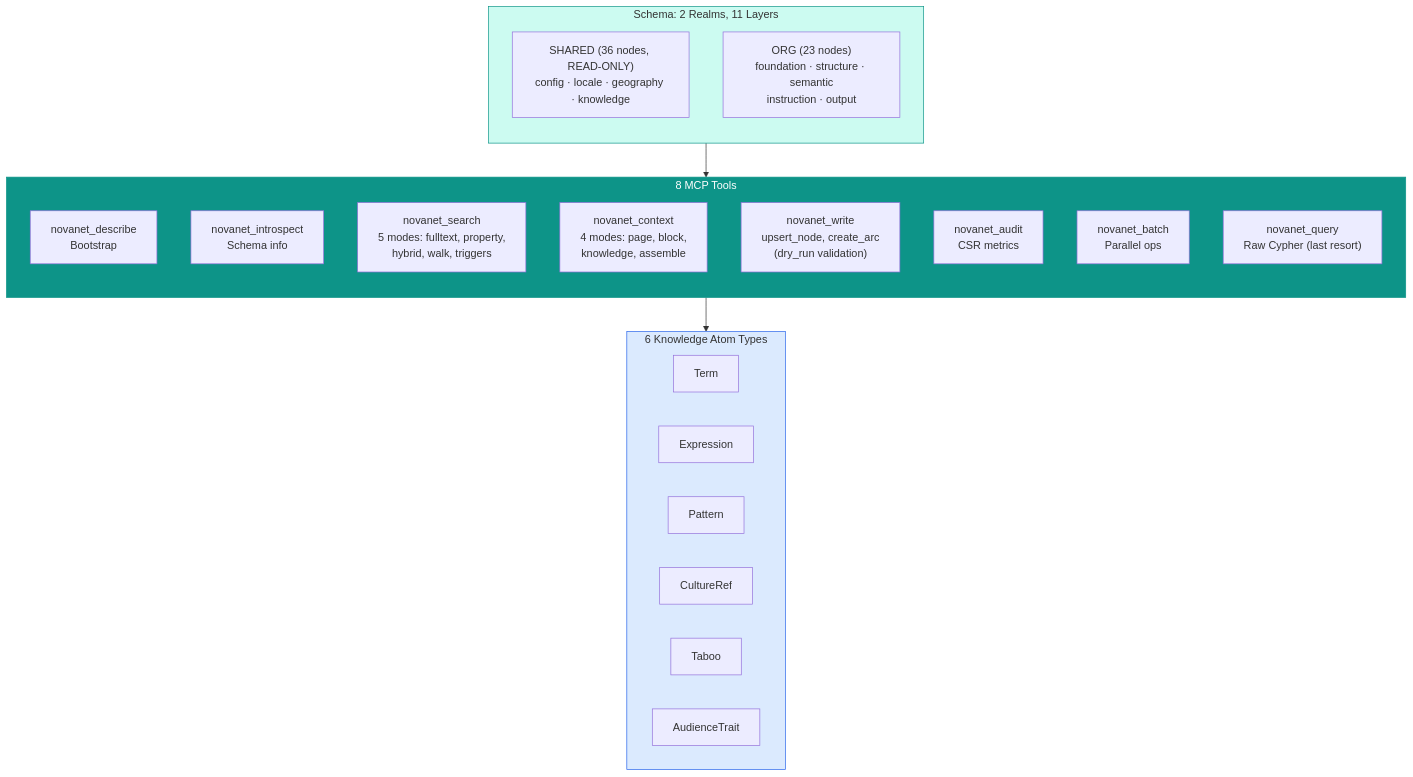
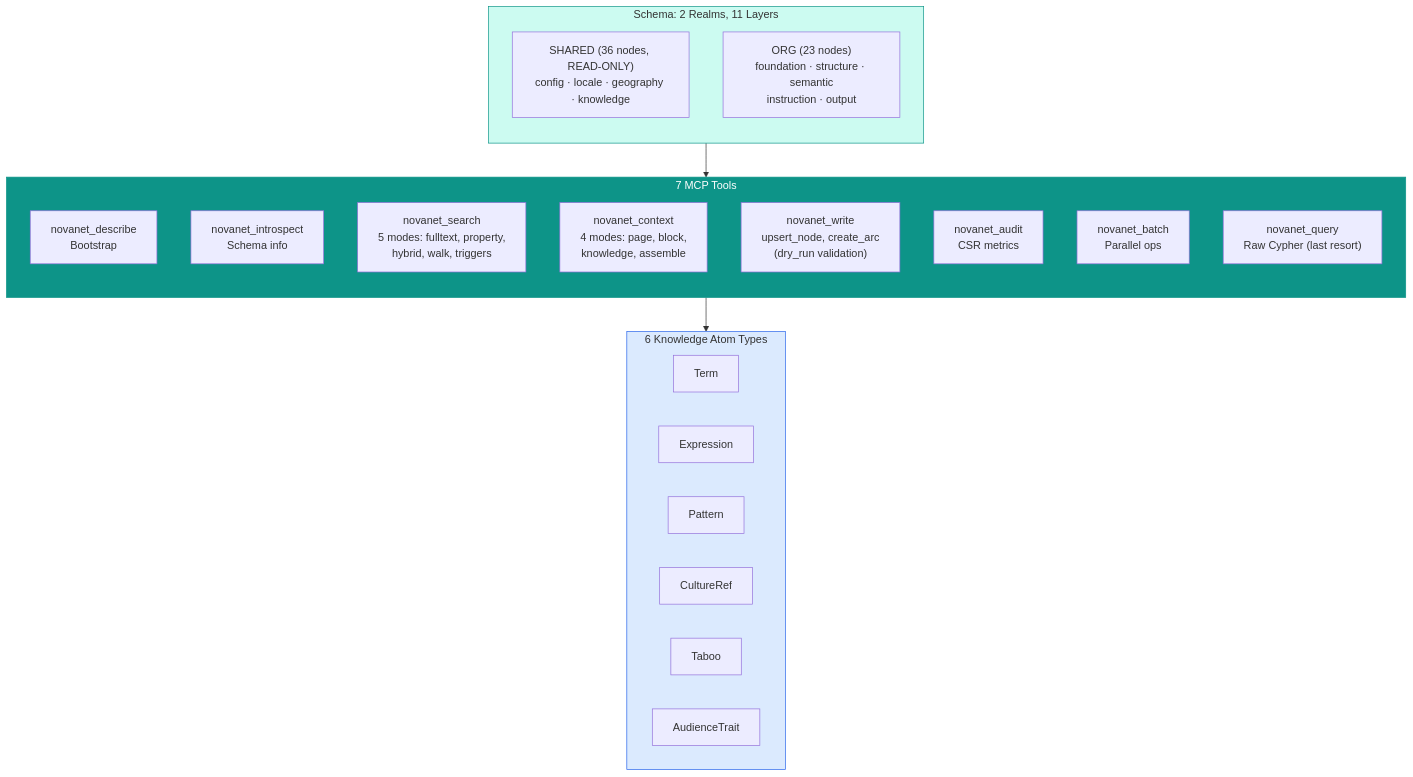
Before and after one commit to supernovae-st/nika: the sixth of 14 diagrams in docs/vision/06-research-synthesis-report.md, drawn with Mermaid. The commit also changed other lines of this file and 6 other files, not shown here.

````diff
--- a/docs/vision/06-research-synthesis-report.md
+++ b/docs/vision/06-research-synthesis-report.md
@@ -252,37 +252,37 @@
 ```mermaid
 flowchart TB
     subgraph SCHEMA["Schema: 2 Realms, 11 Layers"]
         direction TB
         SH["SHARED (36 nodes, READ-ONLY)\nconfig · locale · geography · knowledge"]
         ORG["ORG (23 nodes)\nfoundation · structure · semantic\ninstruction · output"]
     end
 
-    subgraph TOOLS["8 MCP Tools"]
+    subgraph TOOLS["7 MCP Tools"]
         direction TB
         T1["novanet_describe\nBootstrap"]
         T2["novanet_introspect\nSchema info"]
         T3["novanet_search\n5 modes: fulltext, property,\nhybrid, walk, triggers"]
         T4["novanet_context\n4 modes: page, block,\nknowledge, assemble"]
         T5["novanet_write\nupsert_node, create_arc\n(dry_run validation)"]
         T6["novanet_audit\nCSR metrics"]
         T7["novanet_batch\nParallel ops"]
         T8["novanet_query\nRaw Cypher (last resort)"]
     end
 
     subgraph ATOMS["6 Knowledge Atom Types"]
         direction LR
         A1["Term"]
         A2["Expression"]
         A3["Pattern"]
         A4["CultureRef"]
         A5["Taboo"]
         A6["AudienceTrait"]
     end
 
     SCHEMA --> TOOLS
     TOOLS --> ATOMS
 
     style SCHEMA fill:#ccfbf1,stroke:#0d9488
     style TOOLS fill:#0d9488,color:#fff,stroke:#0d9488
     style ATOMS fill:#dbeafe,stroke:#2563eb
 ```
````
